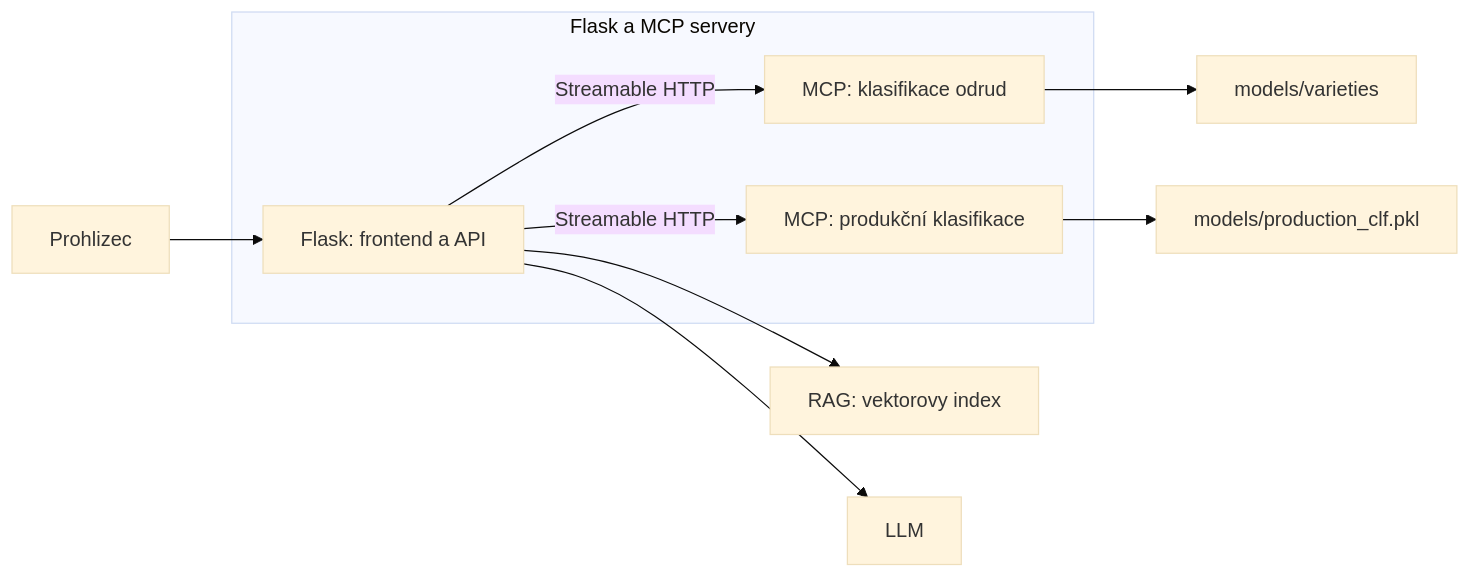
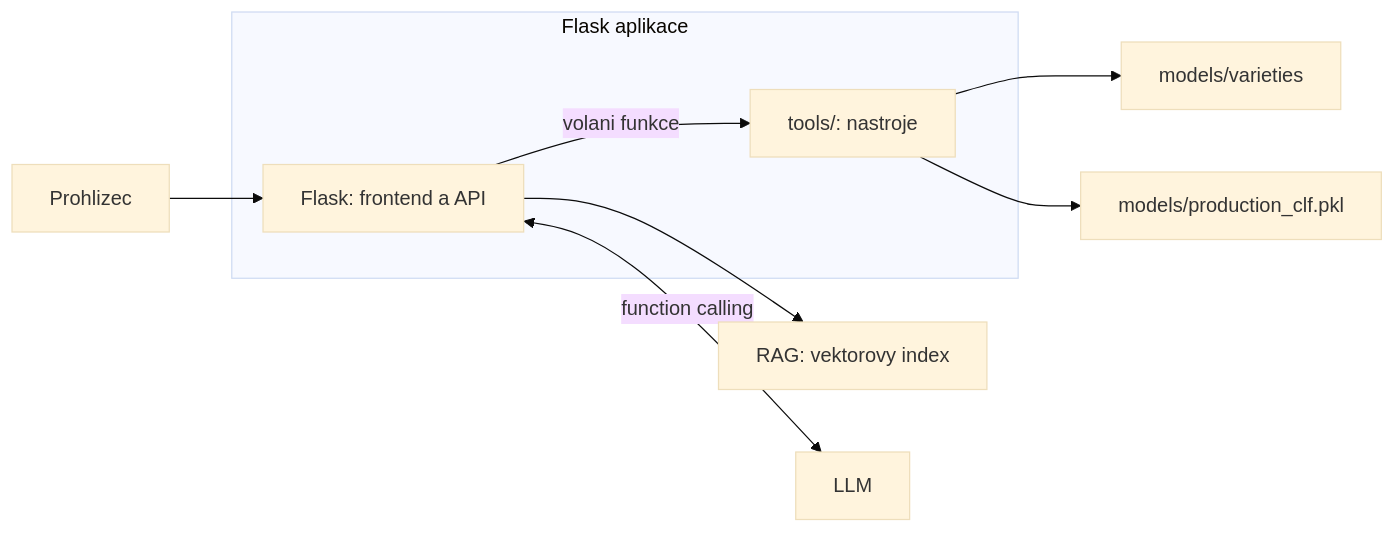
Before and after one commit to DanSvoboda/ChillBot: the diagram in README.md, drawn with Mermaid (base theme). The commit also changed other lines of this file and 11 other files, not shown here.

First line of the commit message:
Add production prediction and plant classification tools

````diff
--- a/README.md
+++ b/README.md
@@ -29,15 +29,13 @@
 ```mermaid
 flowchart LR
     Browser[Prohlizec] --> Flask
-    subgraph Docker[Flask a MCP servery]
+    subgraph App[Flask aplikace]
         Flask[Flask: frontend a API]
-        Variety[MCP: klasifikace odrud]
-        Flask -->|Streamable HTTP| Variety
-        Production[MCP: produkční klasifikace]
-        Flask -->|Streamable HTTP| Production
+        Tools[tools/: nastroje]
+        Flask -->|volani funkce| Tools
     end
     Flask --> RAG[RAG: vektorovy index]
-    Flask --> LLM[LLM]
-    Variety --> Varieties[models/varieties]
-    Production --> ProductionModel[models/production_clf.pkl]
+    Flask <-->|function calling| LLM[LLM]
+    Tools --> Varieties[models/varieties]
+    Tools --> ProductionModel[models/production_clf.pkl]
 ```
````
